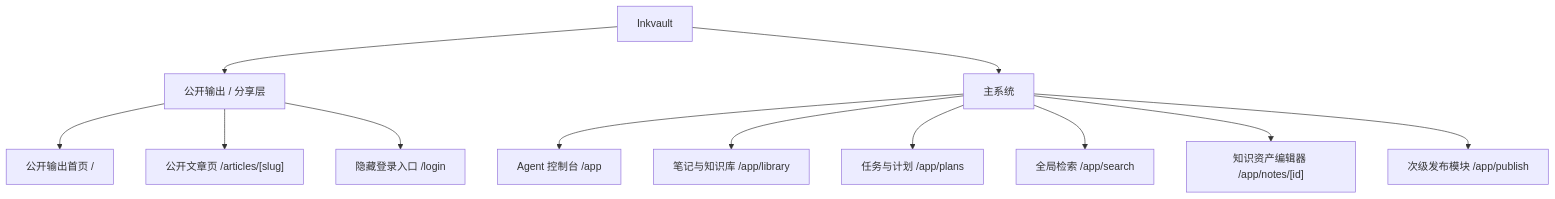
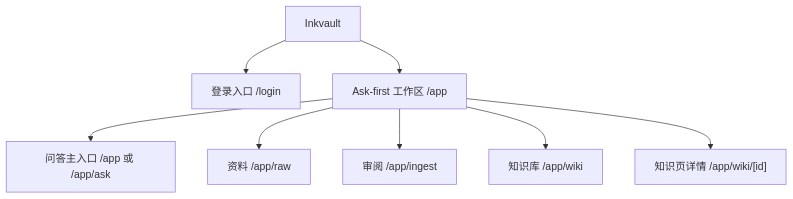
One commit to rrhww/inkdesk changed the first of 2 diagrams in docs/design/information-architecture.md. Above: the diagram before and after it, drawn with Mermaid. The commit also changed other lines of this file and 78 other files, not shown here.

Commit message:
feat: complete vault-first inkvault mvp

````diff
--- a/docs/design/information-architecture.md
+++ b/docs/design/information-architecture.md
@@ -14,14 +11,10 @@
 ```mermaid
 graph TD
-    A["Inkvault"] --> B["公开输出 / 分享层"]
-    A --> C["主系统"]
-    B --> B1["公开输出首页 /"]
-    B --> B2["公开文章页 /articles/[slug]"]
-    B --> B3["隐藏登录入口 /login"]
-    C --> C1["Agent 控制台 /app"]
-    C --> C2["笔记与知识库 /app/library"]
-    C --> C3["任务与计划 /app/plans"]
-    C --> C4["全局检索 /app/search"]
-    C --> C5["知识资产编辑器 /app/notes/[id]"]
-    C --> C6["次级发布模块 /app/publish"]
+    A["Inkvault"] --> B["登录入口 /login"]
+    A --> C["Ask-first 工作区 /app"]
+    C --> C1["问答主入口 /app 或 /app/ask"]
+    C --> C2["资料 /app/raw"]
+    C --> C3["审阅 /app/ingest"]
+    C --> C4["知识库 /app/wiki"]
+    C --> C5["知识页详情 /app/wiki/[id]"]
 ```
````
